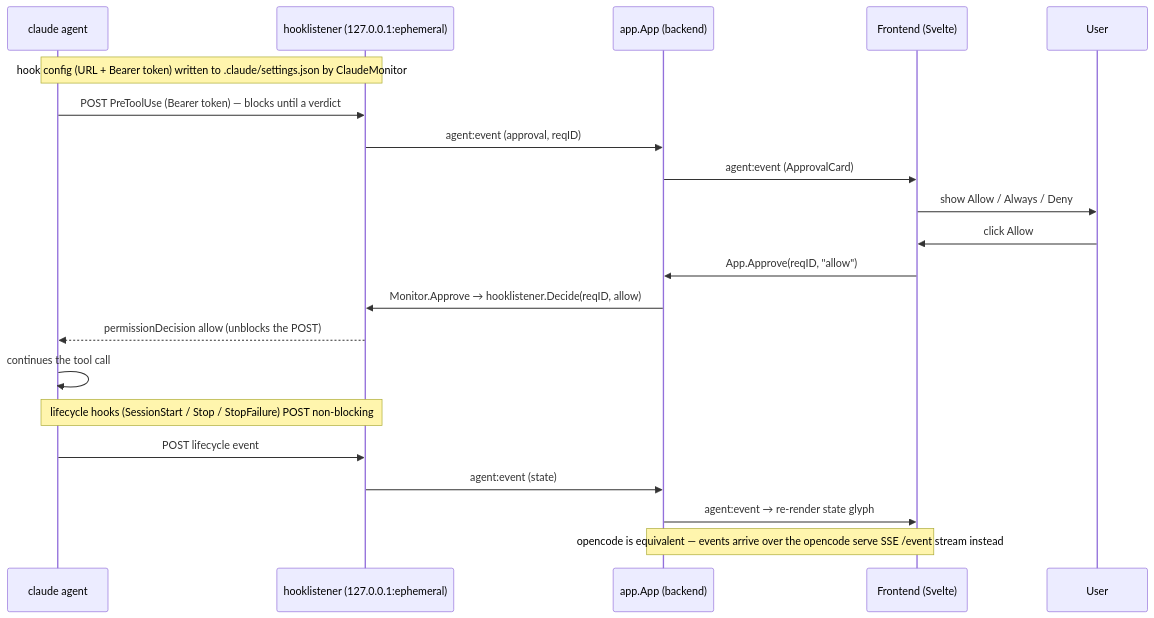
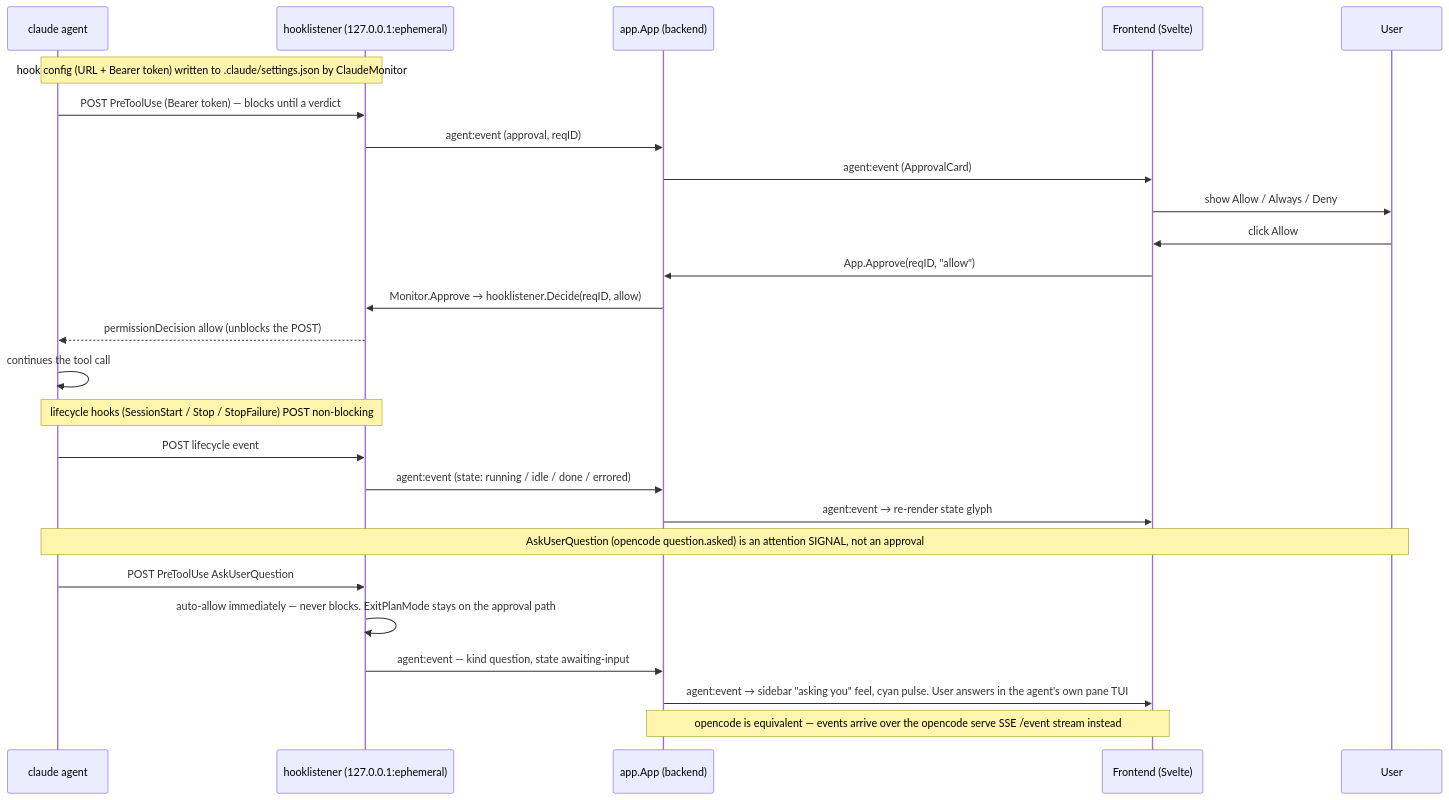
Before and after one commit to miniature-pug/perch: the diagram in docs/diagrams/status-sequence.mmd, drawn with Mermaid. The commit also changed 7 other files, not shown here.

First line of the commit message:
docs: sync architecture, README, changelog, diagrams, spec to as-built

```diff
--- a/docs/diagrams/status-sequence.mmd
+++ b/docs/diagrams/status-sequence.mmd
@@ -1,26 +1,32 @@
 sequenceDiagram
     participant Agent as claude agent
     participant HL as hooklistener (127.0.0.1:ephemeral)
     participant App as app.App (backend)
     participant FE as Frontend (Svelte)
     participant User as User
 
     Note over Agent,HL: hook config (URL + Bearer token) written to .claude/settings.json by ClaudeMonitor
 
     Agent->>HL: POST PreToolUse (Bearer token) — blocks until a verdict
     HL->>App: agent:event (approval, reqID)
     App->>FE: agent:event (ApprovalCard)
     FE->>User: show Allow / Always / Deny
 
     User->>FE: click Allow
     FE->>App: App.Approve(reqID, "allow")
     App->>HL: Monitor.Approve → hooklistener.Decide(reqID, allow)
     HL-->>Agent: permissionDecision allow (unblocks the POST)
     Agent->>Agent: continues the tool call
 
     Note over Agent,HL: lifecycle hooks (SessionStart / Stop / StopFailure) POST non-blocking
     Agent->>HL: POST lifecycle event
-    HL->>App: agent:event (state)
+    HL->>App: agent:event (state: running / idle / done / errored)
     App->>FE: agent:event → re-render state glyph
 
+    Note over Agent,User: AskUserQuestion (opencode question.asked) is an attention SIGNAL, not an approval
+    Agent->>HL: POST PreToolUse AskUserQuestion
+    HL->>HL: auto-allow immediately — never blocks. ExitPlanMode stays on the approval path
+    HL->>App: agent:event — kind question, state awaiting-input
+    App->>FE: agent:event → sidebar "asking you" feel, cyan pulse. User answers in the agent's own pane TUI
+
     Note over App,FE: opencode is equivalent — events arrive over the opencode serve SSE /event stream instead
```
